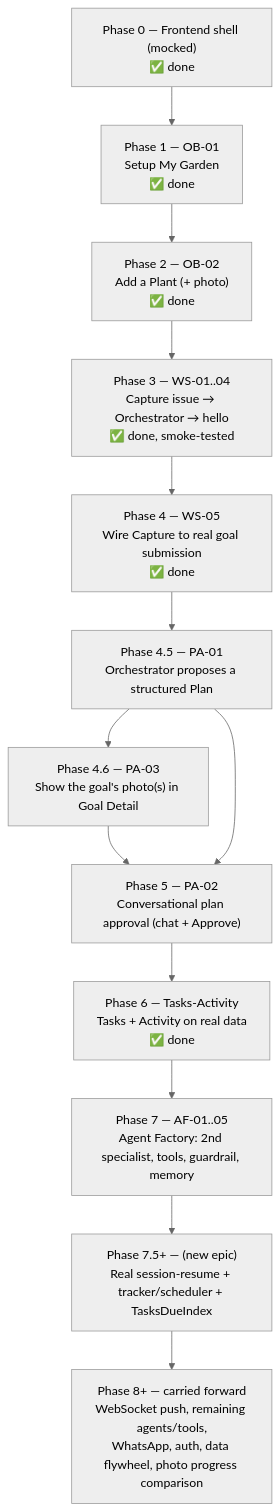
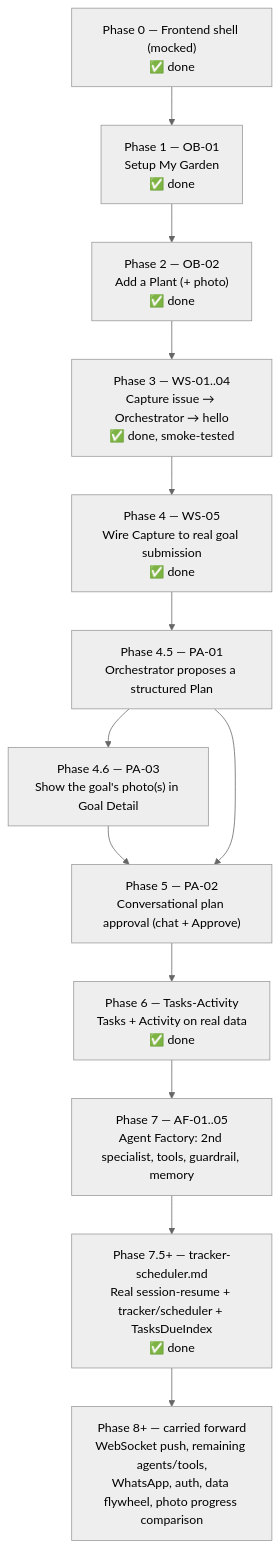
One commit to prashant-baj/tendril changed the diagram in docs/roadmap.md. Above: the diagram before and after it, drawn with Mermaid (neutral theme). The commit also changed other lines of this file and 18 other files, not shown here.

First line of the commit message:
feat: Implement Tracker/Scheduler Lambda for due-date follow-ups

````diff
--- a/docs/roadmap.md
+++ b/docs/roadmap.md
@@ -34,16 +34,16 @@
 ```mermaid
 flowchart TD
   P0["Phase 0 — Frontend shell (mocked)<br/>✅ done"] --> P1
   P1["Phase 1 — OB-01<br/>Setup My Garden<br/>✅ done"] --> P2
   P2["Phase 2 — OB-02<br/>Add a Plant (+ photo)<br/>✅ done"] --> P3
   P3["Phase 3 — WS-01..04<br/>Capture issue → Orchestrator → hello<br/>✅ done, smoke-tested"] --> P4
   P4["Phase 4 — WS-05<br/>Wire Capture to real goal submission<br/>✅ done"] --> P45
   P45["Phase 4.5 — PA-01<br/>Orchestrator proposes a structured Plan"] --> P46
   P46["Phase 4.6 — PA-03<br/>Show the goal's photo(s) in Goal Detail"] --> P5
   P45 --> P5
   P5["Phase 5 — PA-02<br/>Conversational plan approval (chat + Approve)"] --> P6
   P6["Phase 6 — Tasks-Activity<br/>Tasks + Activity on real data<br/>✅ done"] --> P7
   P7["Phase 7 — AF-01..05<br/>Agent Factory: 2nd specialist, tools, guardrail, memory"] --> P75
-  P75["Phase 7.5+ — (new epic)<br/>Real session-resume + tracker/scheduler + TasksDueIndex"] --> P8
+  P75["Phase 7.5+ — tracker-scheduler.md<br/>Real session-resume + tracker/scheduler + TasksDueIndex<br/>✅ done"] --> P8
   P8["Phase 8+ — carried forward<br/>WebSocket push, remaining agents/tools,<br/>WhatsApp, auth, data flywheel, photo progress comparison"]
 ```
````
